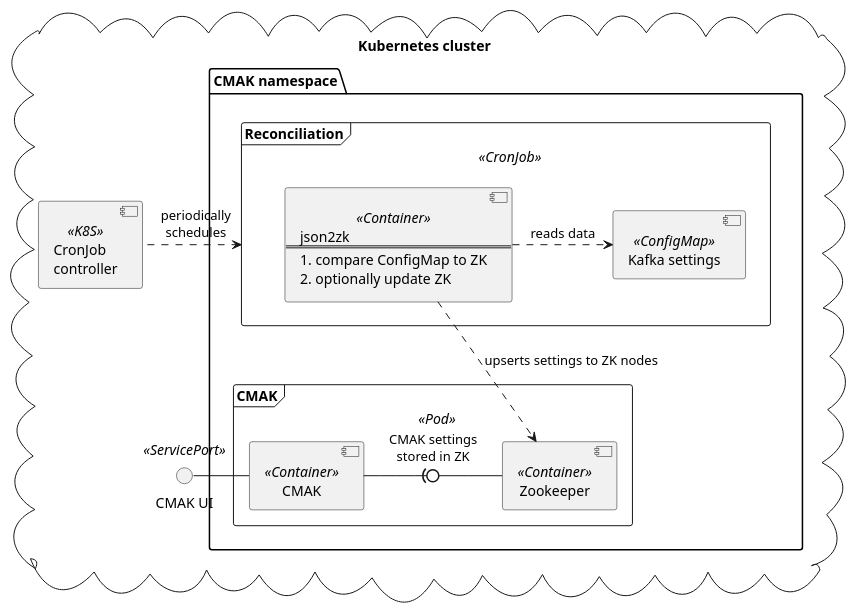
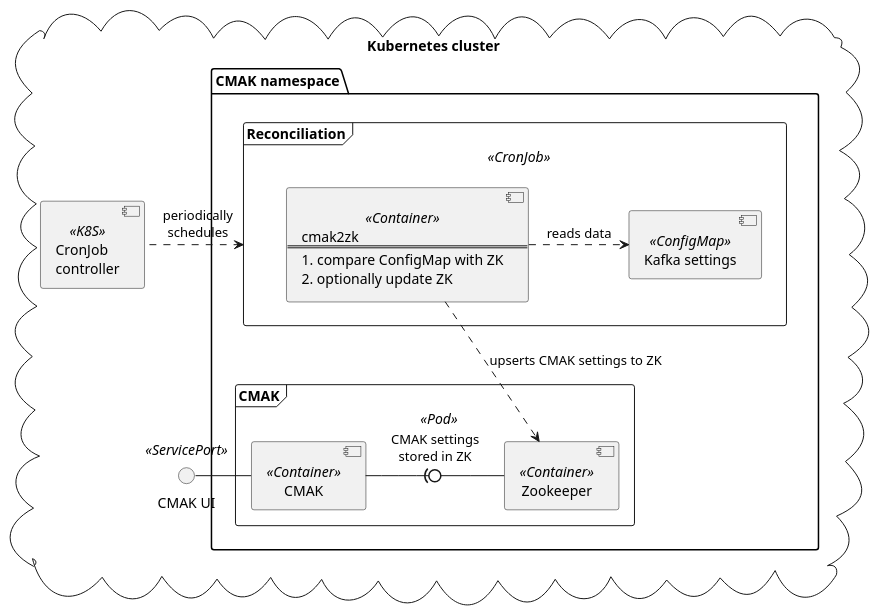
The diagram in arch.puml (eshepelyuk/cmak-operator), drawn with PlantUML before and after one commit.

```diff
--- a/arch.puml
+++ b/arch.puml
@@ -1,31 +1,31 @@
 @startuml
 skinparam componentStyle uml2
 
 cloud "Kubernetes cluster" {
   component "CronJob\ncontroller" as cron <<K8S>>
   () "CMAK UI" as ui <<ServicePort>>
   package "CMAK namespace" as ns {
     frame "CMAK" as pod <<Pod>> {
       component CMAK as cmak <<Container>>
       component Zookeeper as zk <<Container>>
       cmak -r(0- zk : CMAK settings\nstored in ZK
     }
     frame "Reconciliation" as cronPod <<CronJob>> {
       component script <<Container>> [
-        json2zk
+        cmak2zk
         ====
-        1. compare ConfigMap to ZK
+        1. compare ConfigMap with ZK
         2. optionally update ZK
       ]
       component "Kafka settings" as cm <<ConfigMap>>
       script .r.> cm : reads data
     }
   }
 
   cron .l.> cronPod : periodically\nschedules
-  script .d.> zk : upserts settings to ZK nodes
+  script .d.> zk : upserts CMAK settings to ZK
 
   ui -r- cmak
 }
 
 @enduml
```
